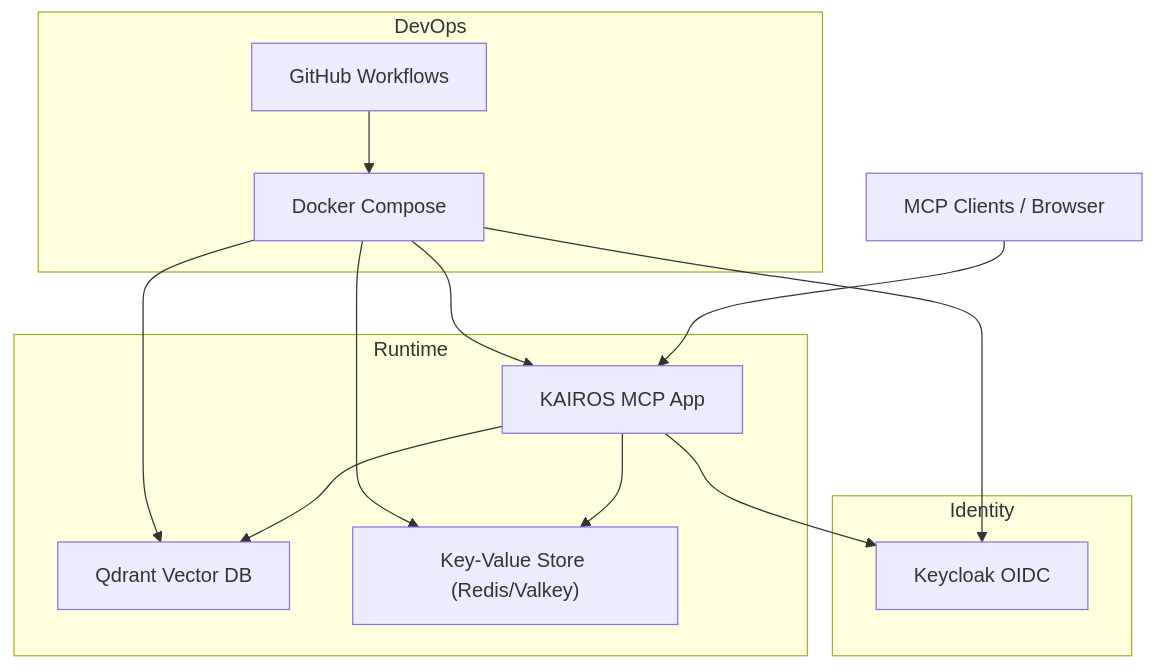
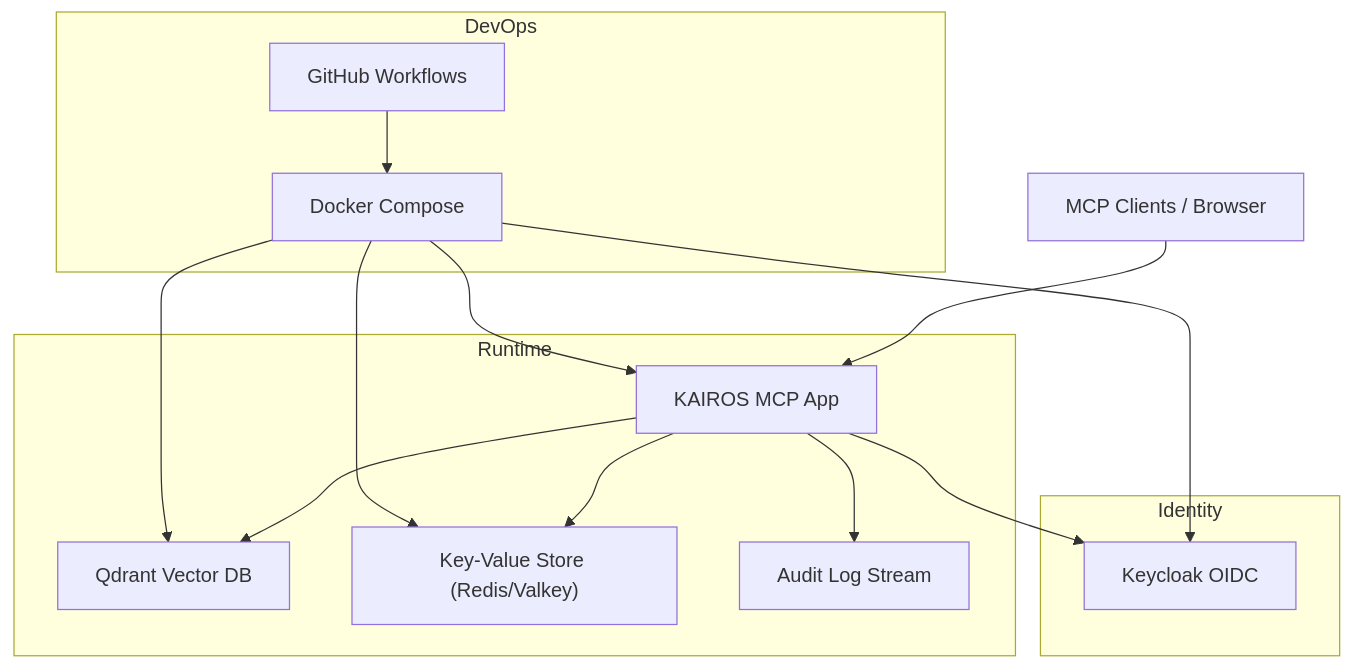
One commit to debian777/kairos-mcp changed the first of 5 diagrams in .qoder/repowiki/en/content/Security Considerations.md. Above: the diagram before and after it, drawn with Mermaid. The commit also changed other lines of this file and 5 other files, not shown here.

````diff
--- a/.qoder/repowiki/en/content/Security Considerations.md
+++ b/.qoder/repowiki/en/content/Security Considerations.md
@@ -43,24 +60,26 @@
 ```mermaid
 graph TB
 subgraph "Runtime"
 APP["KAIROS MCP App"]
 QDRANT["Qdrant Vector DB"]
 KV["Key-Value Store (Redis/Valkey)"]
+AUDIT["Audit Log Stream"]
 end
 subgraph "Identity"
 KEYCLOAK["Keycloak OIDC"]
 end
 subgraph "DevOps"
 DOCKER["Docker Compose"]
 GH["GitHub Workflows"]
 end
 CLIENT["MCP Clients / Browser"] --> APP
 APP --> QDRANT
 APP --> KV
+APP --> AUDIT
 APP --> KEYCLOAK
 DOCKER --> APP
 DOCKER --> QDRANT
 DOCKER --> KV
 DOCKER --> KEYCLOAK
 GH --> DOCKER
 ```
````
